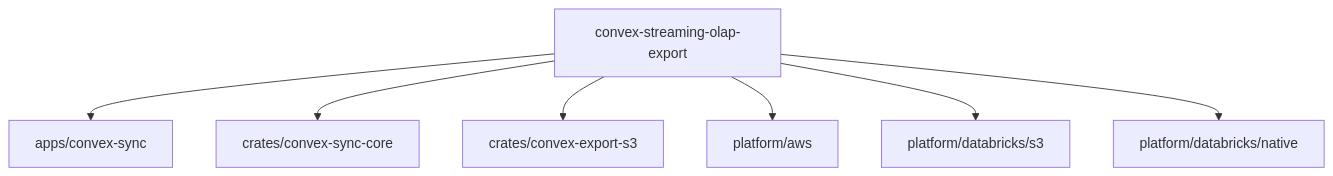
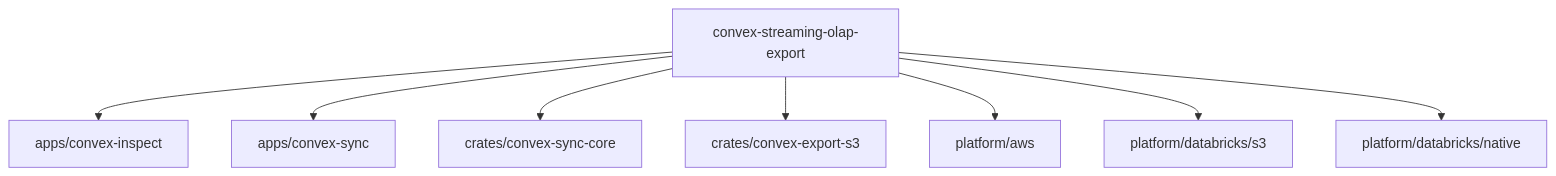
One commit to shpitdev/convex-streaming-olap-export changed the first of 2 diagrams in README.md. Above: the diagram before and after it, drawn with Mermaid. The commit also changed other lines of this file and 42 other files, not shown here.

````diff
--- a/README.md
+++ b/README.md
@@ -23,16 +23,18 @@
 ```mermaid
 flowchart TD
   Root[convex-streaming-olap-export]
+  Inspect[apps/convex-inspect]
   CLI[apps/convex-sync]
   Core[crates/convex-sync-core]
   S3[crates/convex-export-s3]
   AWS[platform/aws]
   DBS3[platform/databricks/s3]
   DBN[platform/databricks/native]
+  Root --> Inspect
   Root --> CLI
   Root --> Core
   Root --> S3
   Root --> AWS
   Root --> DBS3
   Root --> DBN
 ```
````
